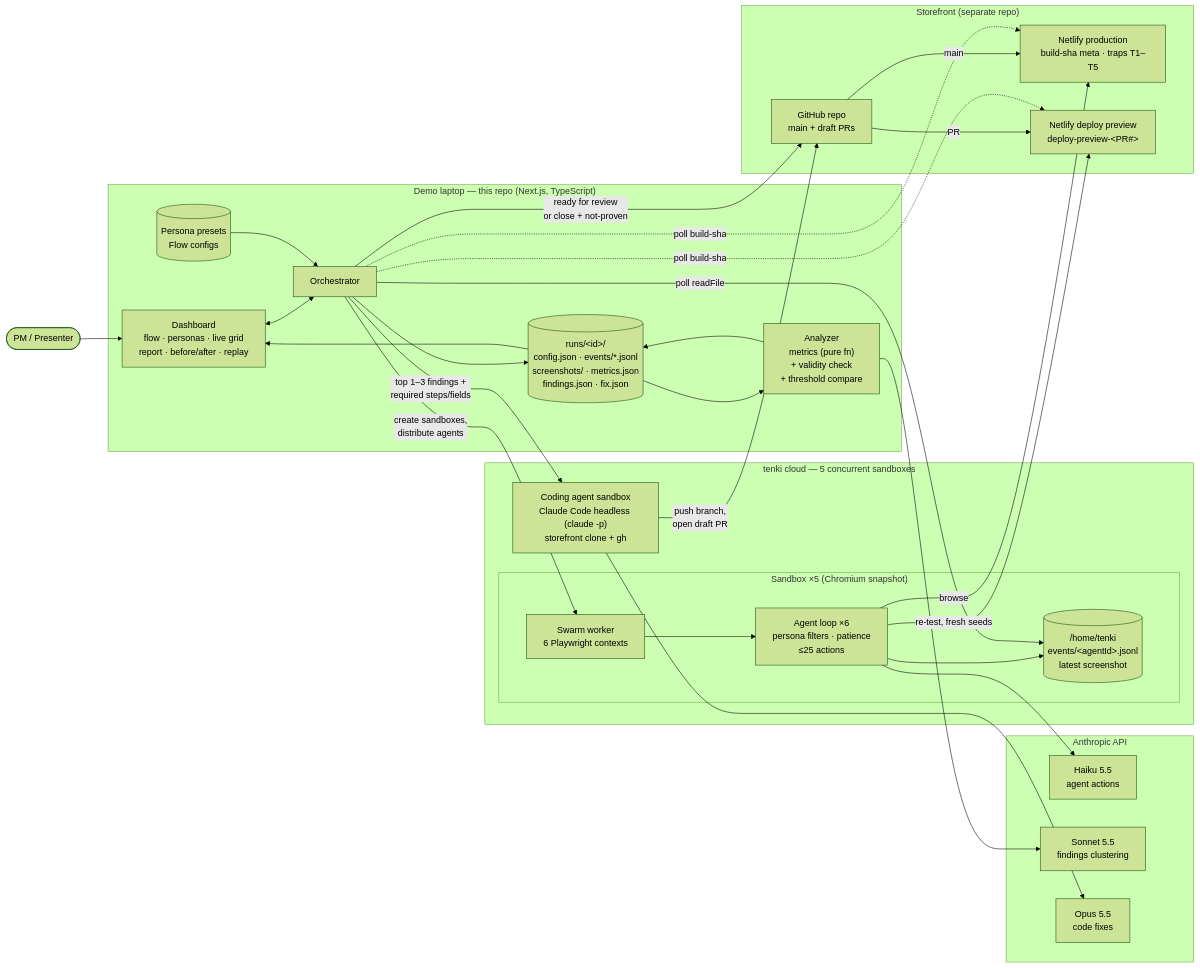
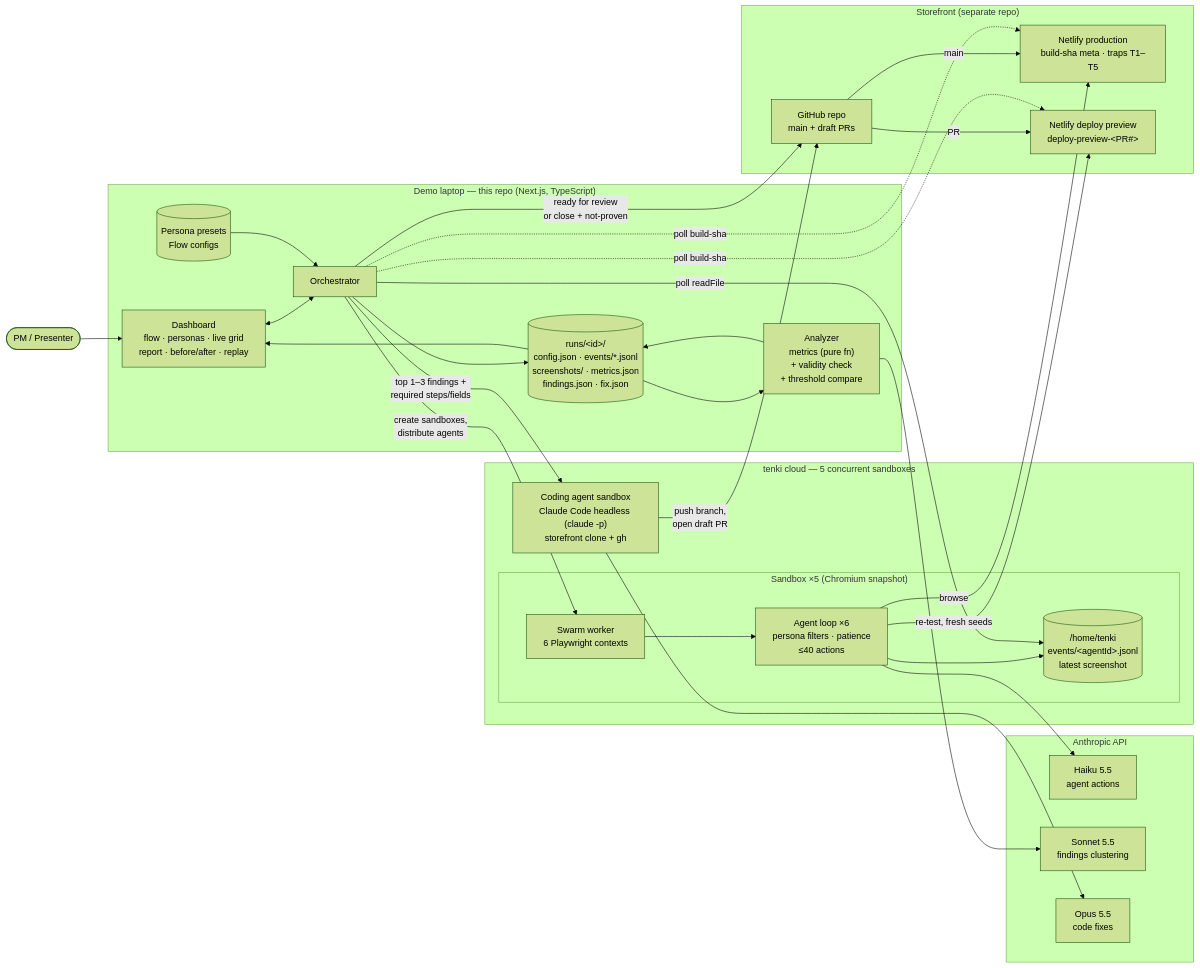
One commit to jbecerra73/build101_grupo16 changed the first of 2 diagrams in ARCHITECTURE.md. Above: the diagram before and after it, drawn with Mermaid (forest theme). The commit also changed 5 other files, not shown here.

````diff
--- a/ARCHITECTURE.md
+++ b/ARCHITECTURE.md
@@ -7,57 +7,57 @@
 ```mermaid
 flowchart LR
     PM([PM / Presenter])
 
     subgraph Laptop["Demo laptop — this repo (Next.js, TypeScript)"]
         Dash["Dashboard<br/>flow · personas · live grid<br/>report · before/after · replay"]
         Orch["Orchestrator"]
         Analyzer["Analyzer<br/>metrics (pure fn)<br/>+ validity check<br/>+ threshold compare"]
         Presets[("Persona presets<br/>Flow configs")]
         Runs[("runs/&lt;id&gt;/<br/>config.json · events/*.jsonl<br/>screenshots/ · metrics.json<br/>findings.json · fix.json")]
     end
 
     subgraph Tenki["tenki cloud — 5 concurrent sandboxes"]
         subgraph SB["Sandbox ×5 (Chromium snapshot)"]
             Worker["Swarm worker<br/>6 Playwright contexts"]
-            Agents["Agent loop ×6<br/>persona filters · patience<br/>≤25 actions"]
+            Agents["Agent loop ×6<br/>persona filters · patience<br/>≤40 actions"]
             Files[("/home/tenki<br/>events/&lt;agentId&gt;.jsonl<br/>latest screenshot")]
         end
         Coder["Coding agent sandbox<br/>Claude Code headless (claude -p)<br/>storefront clone + gh"]
     end
 
     subgraph Anthropic["Anthropic API"]
         Haiku["Haiku 5.5<br/>agent actions"]
         Sonnet["Sonnet 5.5<br/>findings clustering"]
         Opus["Opus 5.5<br/>code fixes"]
     end
 
     subgraph Store["Storefront (separate repo)"]
         GH["GitHub repo<br/>main + draft PRs"]
         Prod["Netlify production<br/>build-sha meta · traps T1–T5"]
         Preview["Netlify deploy preview<br/>deploy-preview-&lt;PR#&gt;"]
     end
 
     PM --> Dash
     Dash <--> Orch
     Presets --> Orch
     Orch -->|create sandboxes,<br/>distribute agents| Worker
     Worker --> Agents
     Agents --> Haiku
     Agents -->|browse| Prod
     Agents -->|re-test, fresh seeds| Preview
     Agents --> Files
     Orch -->|poll readFile| Files
     Orch --> Runs
     Runs --> Analyzer
     Analyzer --> Sonnet
     Analyzer --> Runs
     Runs --> Dash
     Orch -->|top 1–3 findings +<br/>required steps/fields| Coder
     Coder --> Opus
     Coder -->|push branch,<br/>open draft PR| GH
     GH -->|main| Prod
     GH -->|PR| Preview
     Orch -.->|poll build-sha| Prod
     Orch -.->|poll build-sha| Preview
     Orch -->|ready for review<br/>or close + not-proven| GH
 ```
````
